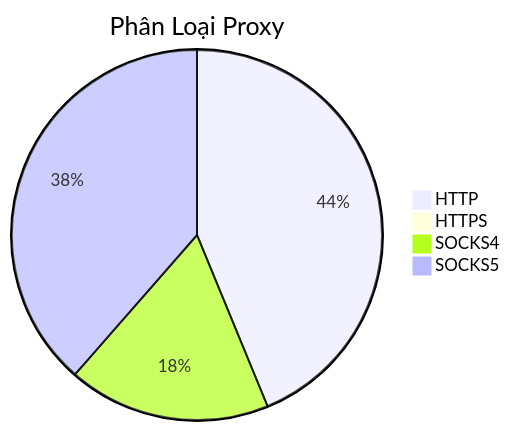
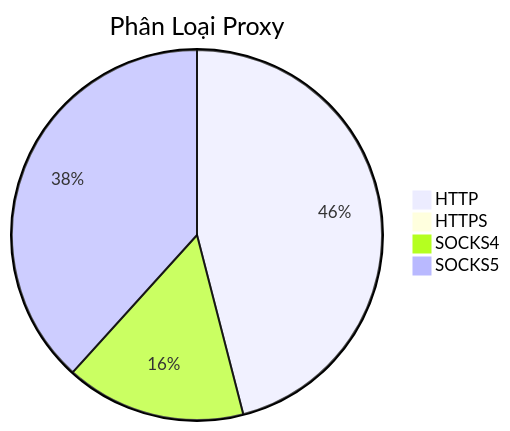
One commit to Ciara-Aa/PROXY-free changed the diagram in README.md. Above: the diagram before and after it, drawn with Mermaid. The commit also changed other lines of this file and 4 other files, not shown here.

````diff
--- a/README.md
+++ b/README.md
@@ -26,7 +26,7 @@
 ```mermaid
 pie title Phân Loại Proxy
-    "HTTP" : 352
-    "HTTPS" : 5
-    "SOCKS4" : 142
-    "SOCKS5" : 310
+    "HTTP" : 263
+    "HTTPS" : 4
+    "SOCKS4" : 90
+    "SOCKS5" : 219
 ```
````
